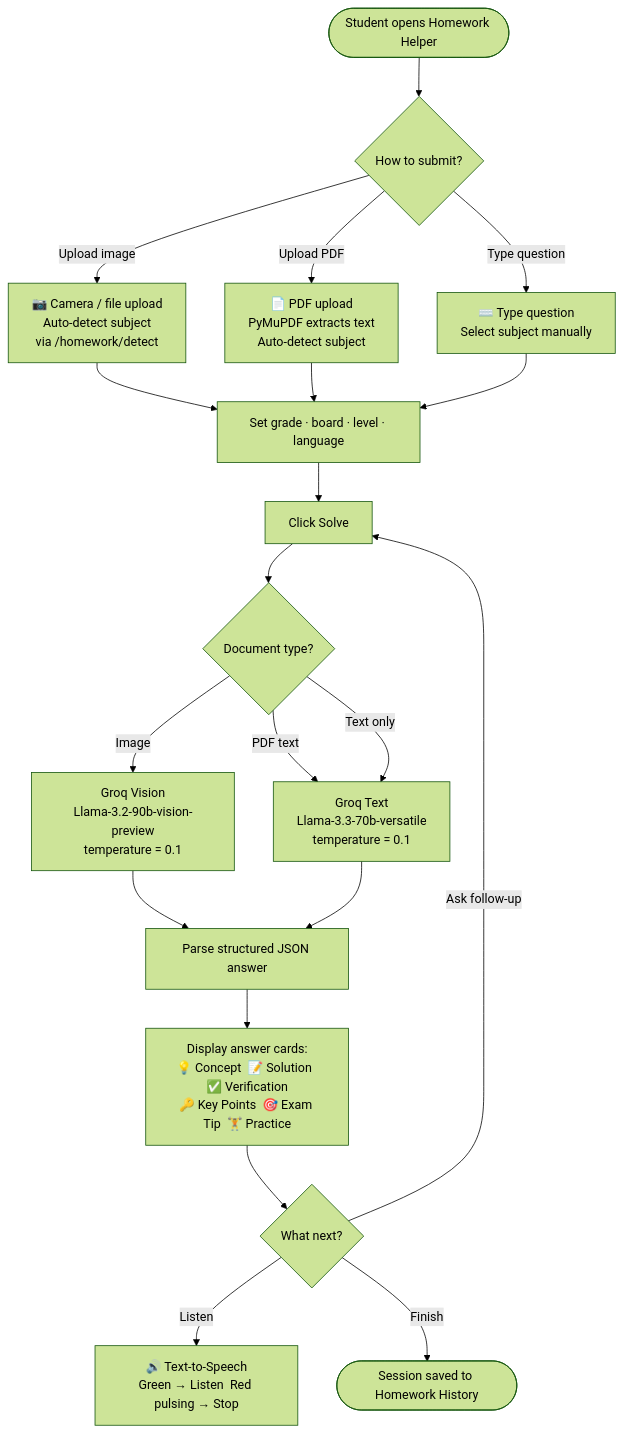
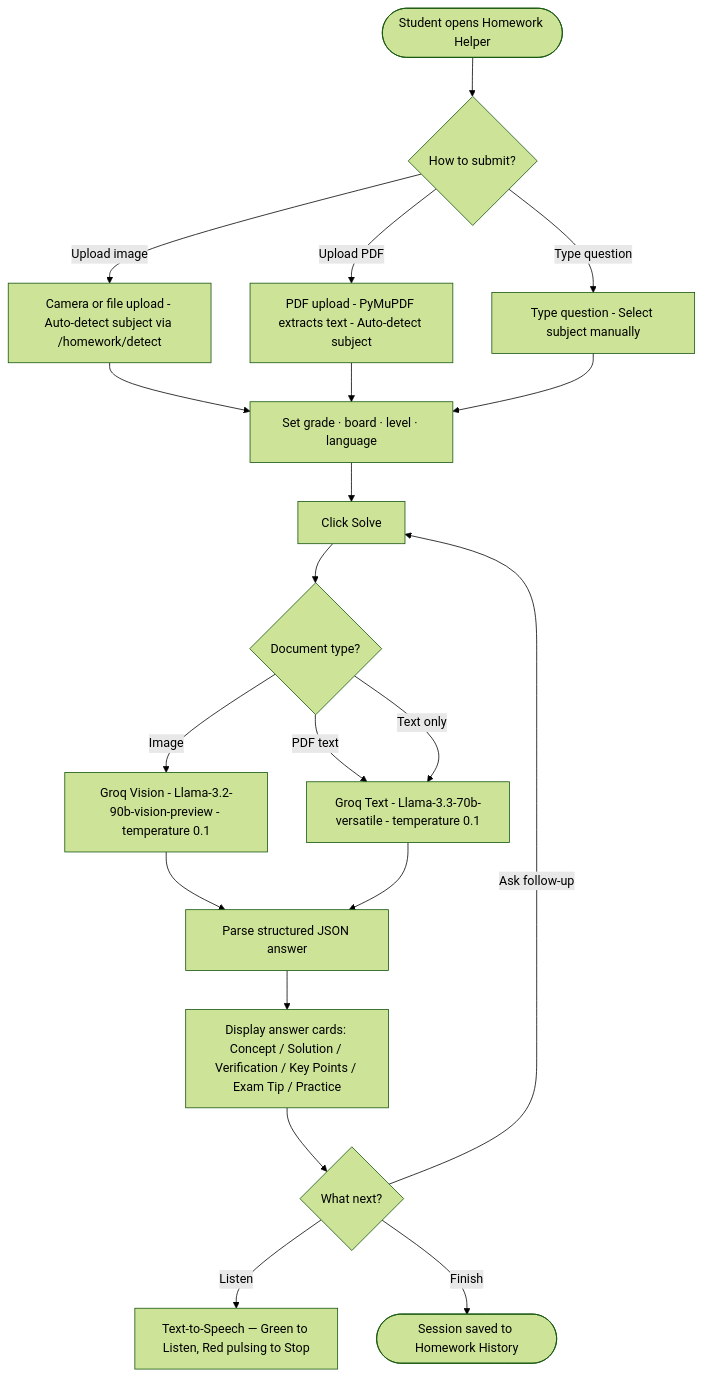
Before and after one commit to bkumars22/ARIA: the third of 5 diagrams in README.md, drawn with Mermaid (forest theme). The commit also changed other lines of this file, not shown here.

First line of the commit message:
docs: remove all emojis from README — plain text only

````diff
--- a/README.md
+++ b/README.md
@@ -321,29 +319,29 @@
 ```mermaid
 flowchart TD
     A([Student opens Homework Helper]) --> B{How to submit?}
 
-    B -->|Upload image| C["📷 Camera / file upload\nAuto-detect subject\nvia /homework/detect"]
-    B -->|Upload PDF| D["📄 PDF upload\nPyMuPDF extracts text\nAuto-detect subject"]
-    B -->|Type question| E["⌨️ Type question\nSelect subject manually"]
+    B -->|Upload image| C["Camera or file upload - Auto-detect subject via /homework/detect"]
+    B -->|Upload PDF| D["PDF upload - PyMuPDF extracts text - Auto-detect subject"]
+    B -->|Type question| E["Type question - Select subject manually"]
 
     C --> F[Set grade · board · level · language]
     D --> F
     E --> F
 
     F --> G[Click Solve]
 
     G --> H{Document type?}
-    H -->|Image| I["Groq Vision\nLlama-3.2-90b-vision-preview\ntemperature = 0.1"]
-    H -->|PDF text| J["Groq Text\nLlama-3.3-70b-versatile\ntemperature = 0.1"]
+    H -->|Image| I["Groq Vision - Llama-3.2-90b-vision-preview - temperature 0.1"]
+    H -->|PDF text| J["Groq Text - Llama-3.3-70b-versatile - temperature 0.1"]
     H -->|Text only| J
 
     I --> K[Parse structured JSON answer]
     J --> K
 
-    K --> L["Display answer cards:\n💡 Concept  📝 Solution  ✅ Verification\n🔑 Key Points  🎯 Exam Tip  🏋️ Practice"]
+    K --> L["Display answer cards: Concept / Solution / Verification / Key Points / Exam Tip / Practice"]
 
     L --> M{What next?}
     M -->|Ask follow-up| G
-    M -->|Listen| N["🔊 Text-to-Speech\nGreen → Listen  Red pulsing → Stop"]
+    M -->|Listen| N["Text-to-Speech — Green to Listen, Red pulsing to Stop"]
     M -->|Finish| O([Session saved to Homework History])
 ```
````
